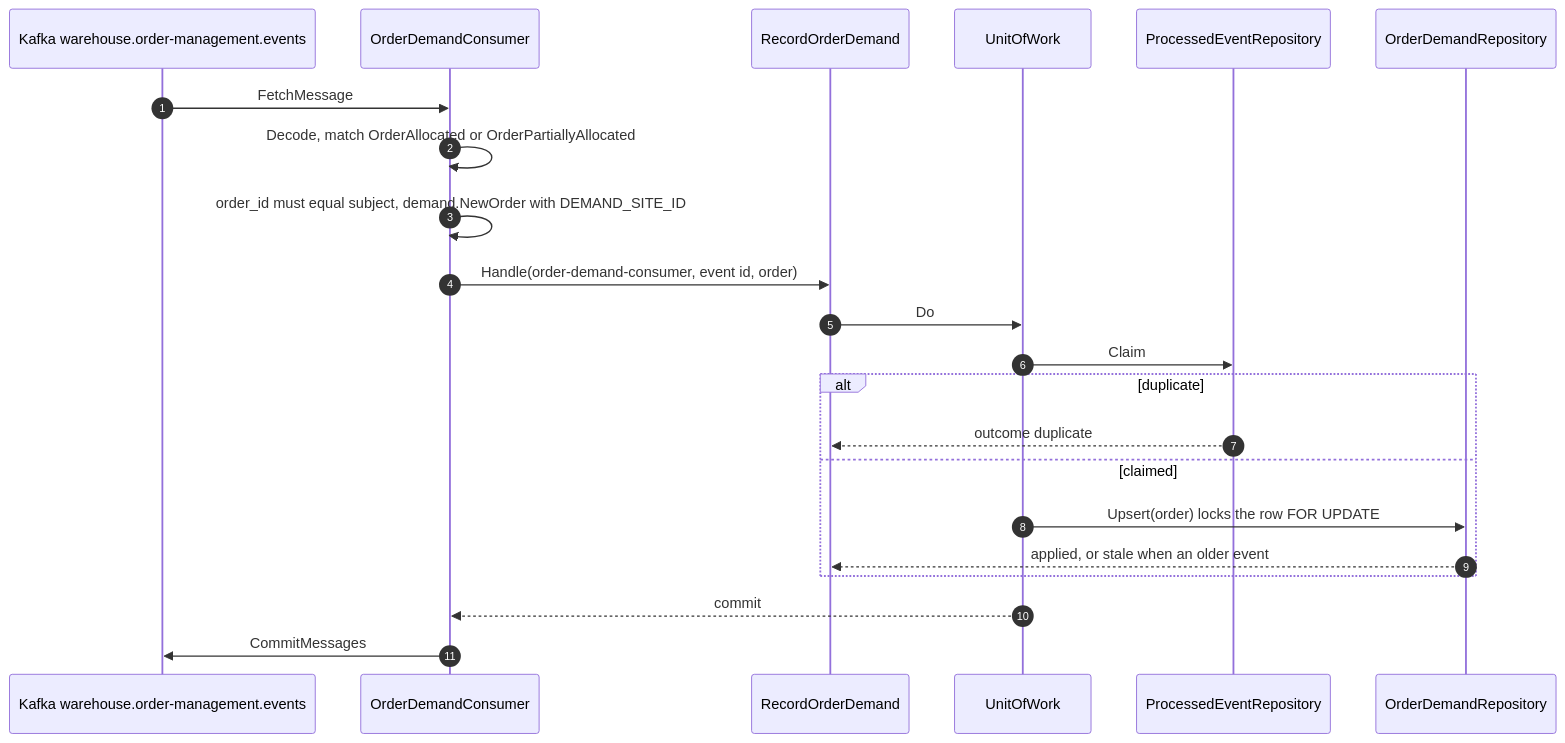
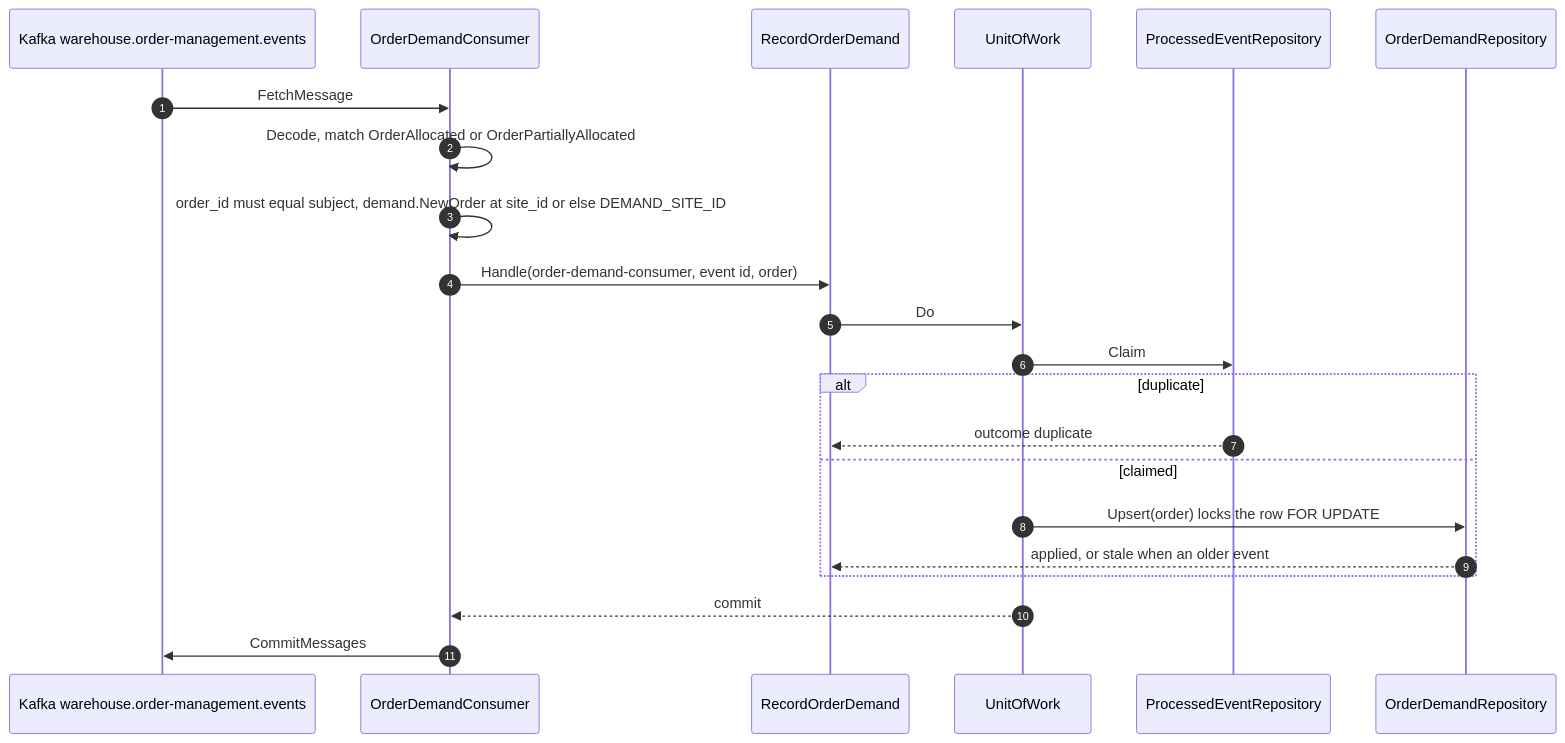
The fourth of 9 diagrams in docs/docs/ddd/sequence-diagrams.md (IQVO/warehouse-planning), drawn with Mermaid before and after one commit. The commit also changed other lines of this file and 36 other files, not shown here.

First line of the commit message:
feat(demand): attribute orders to the event's own site_id; labour reads site_code (ADR 0021)

````diff
--- a/docs/docs/ddd/sequence-diagrams.md
+++ b/docs/docs/ddd/sequence-diagrams.md
@@ -145,24 +145,24 @@
 ```mermaid
 sequenceDiagram
   autonumber
   participant K as Kafka warehouse.order-management.events
   participant O as OrderDemandConsumer
   participant UC as RecordOrderDemand
   participant U as UnitOfWork
   participant P as ProcessedEventRepository
   participant R as OrderDemandRepository
   K->>O: FetchMessage
   O->>O: Decode, match OrderAllocated or OrderPartiallyAllocated
-  O->>O: order_id must equal subject, demand.NewOrder with DEMAND_SITE_ID
+  O->>O: order_id must equal subject, demand.NewOrder at site_id or else DEMAND_SITE_ID
   O->>UC: Handle(order-demand-consumer, event id, order)
   UC->>U: Do
   U->>P: Claim
   alt duplicate
     P-->>UC: outcome duplicate
   else claimed
     U->>R: Upsert(order) locks the row FOR UPDATE
     R-->>UC: applied, or stale when an older event
   end
   U-->>O: commit
   O->>K: CommitMessages
 ```
````
